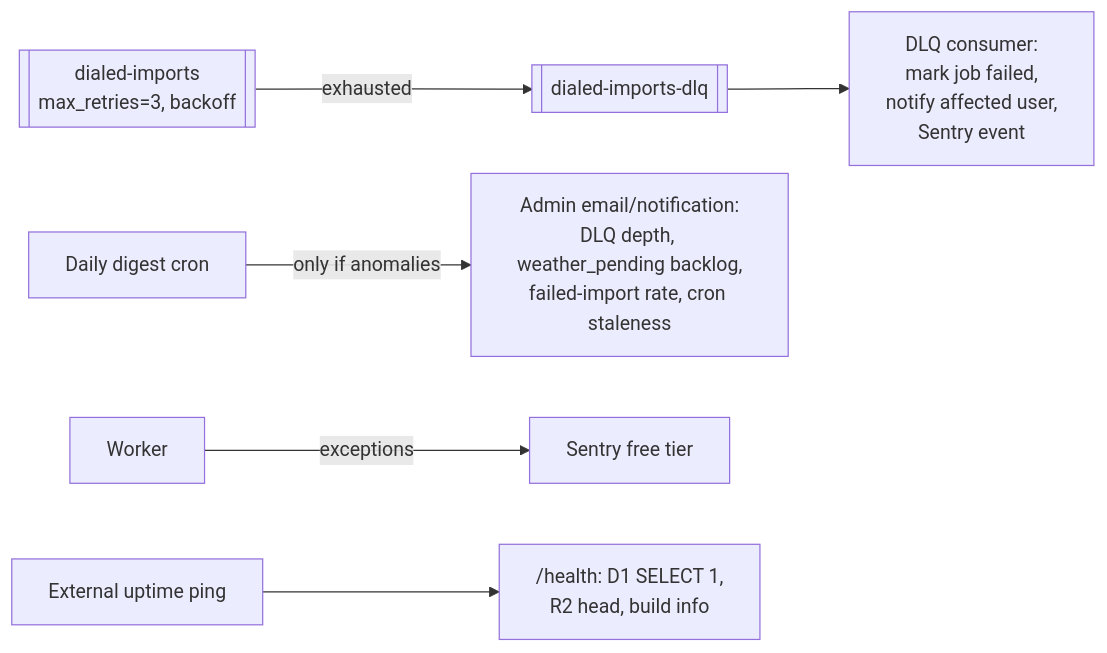
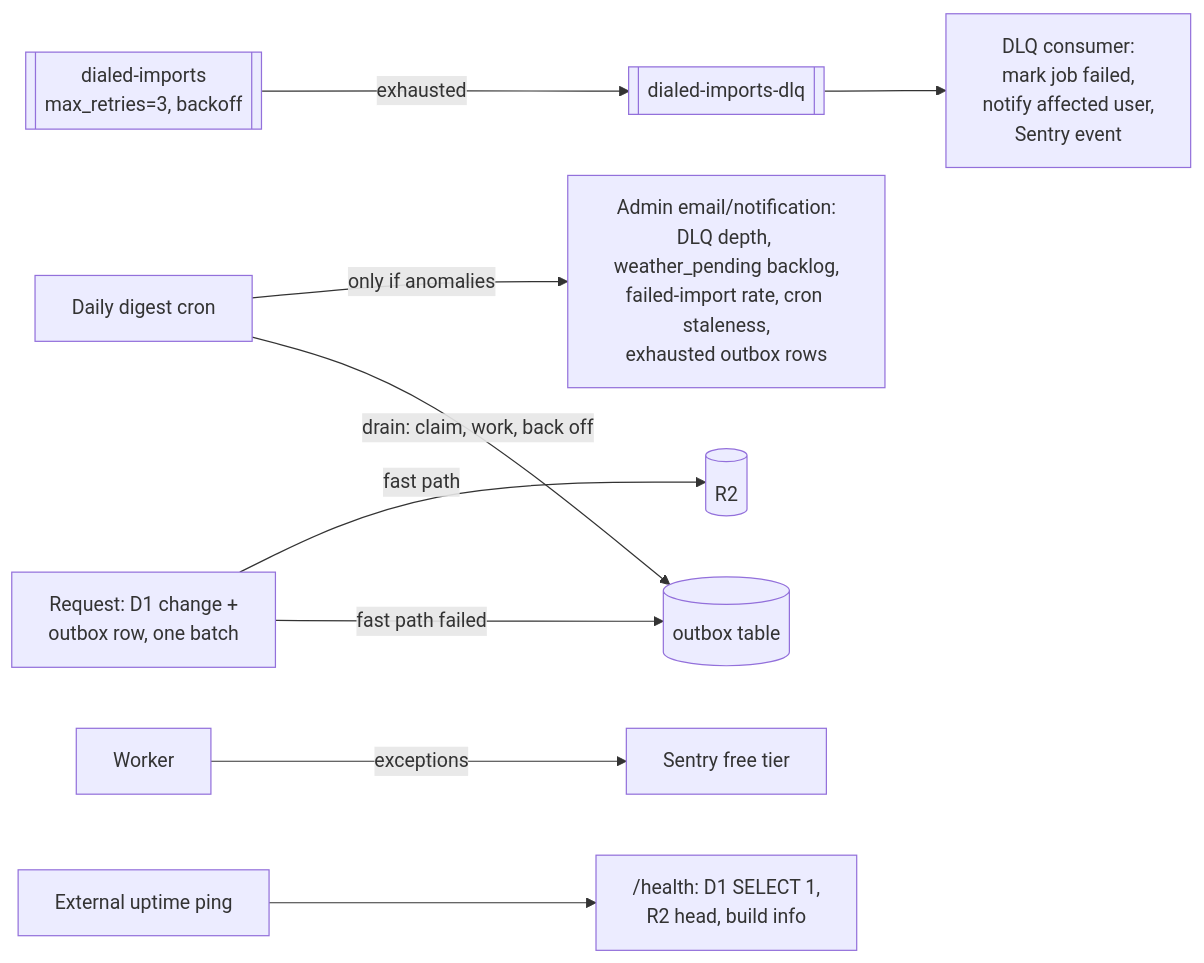
Before and after one commit to ddteeter/dialed.run: the fourth of 4 diagrams in docs/architecture.md, drawn with Mermaid. The commit also changed other lines of this file and 53 other files, not shown here.

````diff
--- a/docs/architecture.md
+++ b/docs/architecture.md
@@ -352,8 +352,11 @@
 ```mermaid
 flowchart LR
     Q[[dialed-imports\nmax_retries=3, backoff]] -->|exhausted| DLQ[[dialed-imports-dlq]]
     DLQ --> DC[DLQ consumer:\nmark job failed,\nnotify affected user,\nSentry event]
-    CRON2[Daily digest cron] -->|only if anomalies| ADMIN[Admin email/notification:\nDLQ depth, weather_pending backlog,\nfailed-import rate, cron staleness]
+    CRON2[Daily digest cron] -->|only if anomalies| ADMIN[Admin email/notification:\nDLQ depth, weather_pending backlog,\nfailed-import rate, cron staleness,\nexhausted outbox rows]
+    REQ[Request: D1 change +\noutbox row, one batch] -->|fast path| R2[(R2)]
+    REQ -->|fast path failed| OB[(outbox table)]
+    CRON2 -->|drain: claim, work, back off| OB
     W[Worker] -->|exceptions| SENTRY[Sentry free tier]
     PING[External uptime ping] --> HEALTH["/health: D1 SELECT 1,\nR2 head, build info"]
 ```
````
